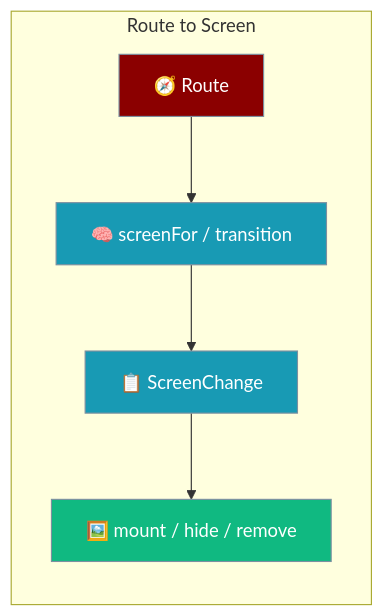
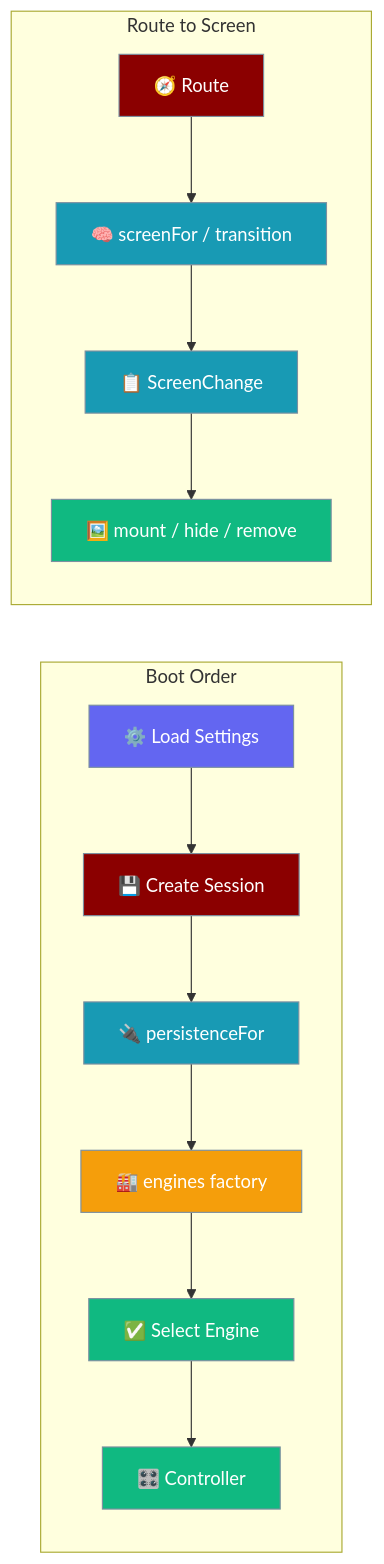
Before and after one commit to MervinPraison/PraisonAIDocs: the first of 3 diagrams in docs/features/mobile/architecture.mdx, drawn with Mermaid. The commit also changed other lines of this file and 4 other files, not shown here.

````diff
--- a/docs/features/mobile/architecture.mdx
+++ b/docs/features/mobile/architecture.mdx
@@ -10,16 +10,34 @@
 ```mermaid
 graph LR
+    subgraph "Boot Order"
+        S[⚙️ Load Settings] --> Se[💾 Create Session]
+        Se --> P[🔌 persistenceFor]
+        P --> E[🏭 engines factory]
+        E --> Sel[✅ Select Engine]
+        Sel --> C[🎛️ Controller]
+    end
+
     subgraph "Route to Screen"
         Route[🧭 Route] --> Decide[🧠 screenFor / transition]
         Decide --> Change[📋 ScreenChange]
         Change --> Mount[🖼️ mount / hide / remove]
     end
 
+    classDef settings fill:#6366F1,stroke:#7C90A0,color:#fff
+    classDef store fill:#8B0000,stroke:#7C90A0,color:#fff
+    classDef bridge fill:#189AB4,stroke:#7C90A0,color:#fff
+    classDef factory fill:#F59E0B,stroke:#7C90A0,color:#fff
+    classDef done fill:#10B981,stroke:#7C90A0,color:#fff
     classDef input fill:#8B0000,stroke:#7C90A0,color:#fff
     classDef process fill:#189AB4,stroke:#7C90A0,color:#fff
     classDef output fill:#10B981,stroke:#7C90A0,color:#fff
 
+    class S settings
+    class Se store
+    class P bridge
+    class E factory
+    class Sel,C done
     class Route input
     class Decide,Change process
     class Mount output
 ```
````
